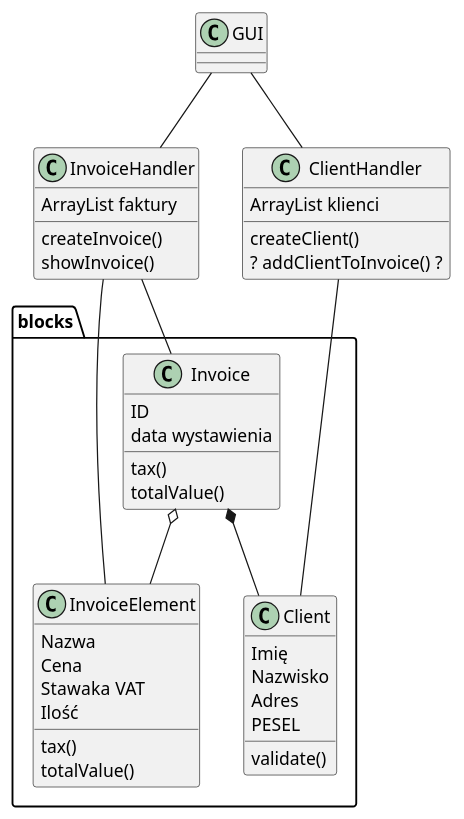
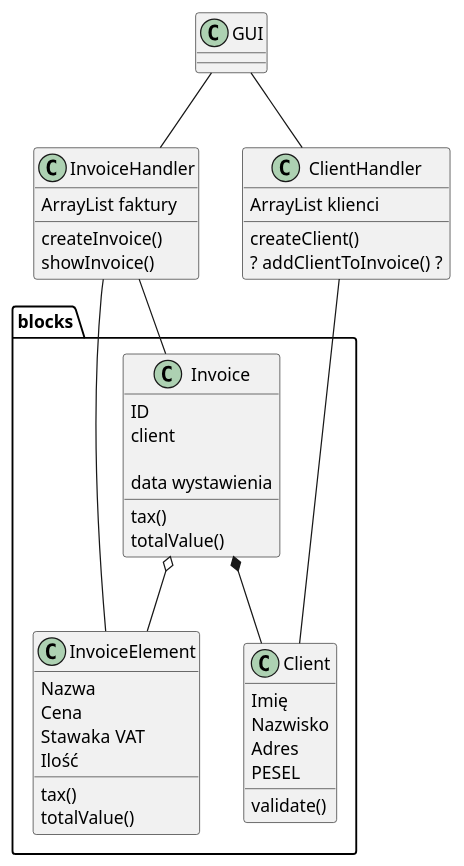
One commit to Fermento99/TP changed the diagram in faktura/UML/class.puml. Above: the diagram before and after it, drawn with PlantUML. The commit also changed 2 other files, not shown here.

```diff
--- a/faktura/UML/class.puml
+++ b/faktura/UML/class.puml
@@ -1,52 +1,54 @@
 @startuml
 
 class blocks.Invoice {
     ID
+    client
+
     data wystawienia
     tax()
     totalValue()
 }
 
 class blocks.Client {
     Imię
     Nazwisko
     Adres
     PESEL
     validate()
 }
 
 class blocks.InvoiceElement{
     Nazwa
     Cena
     Stawaka VAT
     Ilość
     tax()
     totalValue()
 }
 
 class InvoiceHandler{
     ArrayList faktury
     createInvoice()
     showInvoice()
 }
 
 class ClientHandler{
     ArrayList klienci
     createClient()
     ? addClientToInvoice() ?
 }
 
 class GUI {
 
 }
 
 
 GUI -- ClientHandler
 GUI -- InvoiceHandler
 blocks.Invoice *-- blocks.Client
 blocks.Invoice o-- blocks.InvoiceElement
 InvoiceHandler -- blocks.Invoice
 InvoiceHandler - blocks.InvoiceElement
 ClientHandler --- blocks.Client
 
 @enduml
```
